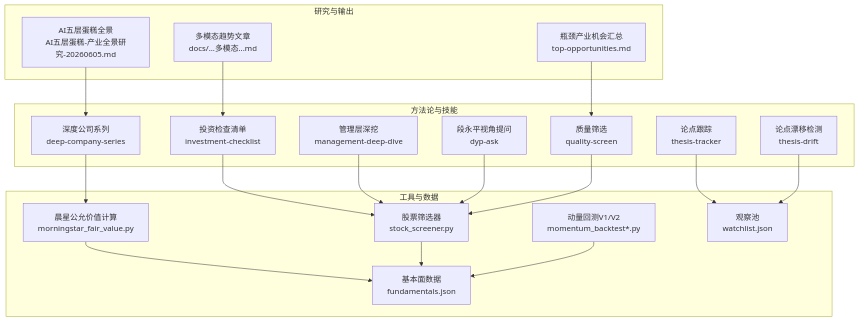
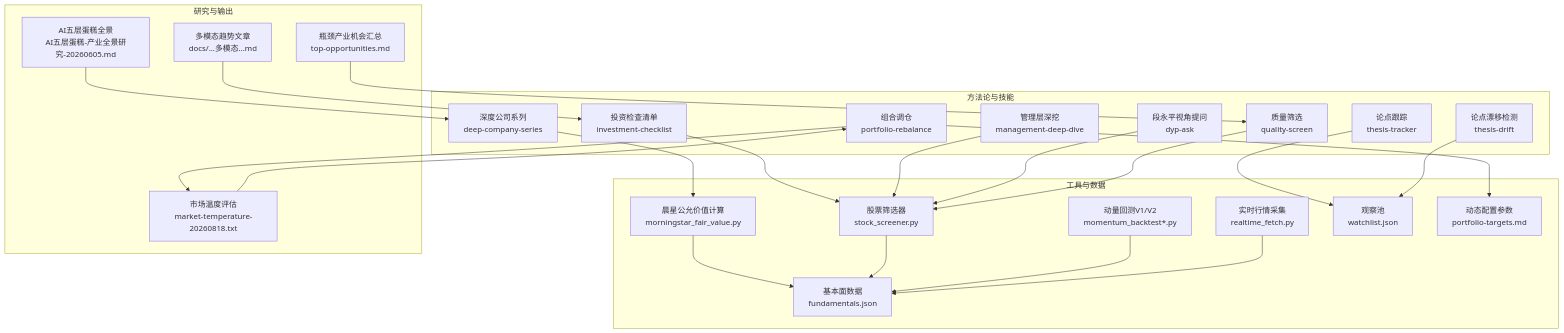
The first of 7 diagrams in .qoder/repowiki/zh/content/投资方法论/投资方法论.md (Ted-Engineer/ai-berkshire), drawn with Mermaid before and after one commit. The commit also changed other lines of this file and 87 other files, not shown here.

````diff
--- a/.qoder/repowiki/zh/content/投资方法论/投资方法论.md
+++ b/.qoder/repowiki/zh/content/投资方法论/投资方法论.md
@@ -52,37 +64,45 @@
 ```mermaid
 graph TB
 subgraph "方法论与技能"
 P1["投资检查清单<br/>investment-checklist"]
 P2["深度公司系列<br/>deep-company-series"]
 P3["管理层深挖<br/>management-deep-dive"]
 P4["段永平视角提问<br/>dyp-ask"]
 P5["质量筛选<br/>quality-screen"]
 P6["论点跟踪<br/>thesis-tracker"]
 P7["论点漂移检测<br/>thesis-drift"]
+P8["组合调仓<br/>portfolio-rebalance"]
 end
 subgraph "工具与数据"
 T1["晨星公允价值计算<br/>morningstar_fair_value.py"]
 T2["股票筛选器<br/>stock_screener.py"]
 T3["动量回测V1/V2<br/>momentum_backtest*.py"]
+T4["实时行情采集<br/>realtime_fetch.py"]
 D1["基本面数据<br/>fundamentals.json"]
 D2["观察池<br/>watchlist.json"]
+C1["动态配置参数<br/>portfolio-targets.md"]
 end
 subgraph "研究与输出"
 R1["瓶颈产业机会汇总<br/>top-opportunities.md"]
 R2["AI五层蛋糕全景<br/>AI五层蛋糕-产业全景研究-20260605.md"]
 R3["多模态趋势文章<br/>docs/...多模态...md"]
+R4["市场温度评估<br/>market-temperature-20260818.txt"]
 end
 P1 --> T2
 P2 --> T1
 P3 --> T2
 P4 --> T2
 P5 --> T2
 P6 --> D2
 P7 --> D2
+P8 --> C1
+P8 --> R4
 T1 --> D1
 T2 --> D1
 T3 --> D1
+T4 --> D1
 R1 --> P5
 R2 --> P2
 R3 --> P1
+R4 --> P8
 ```
````
